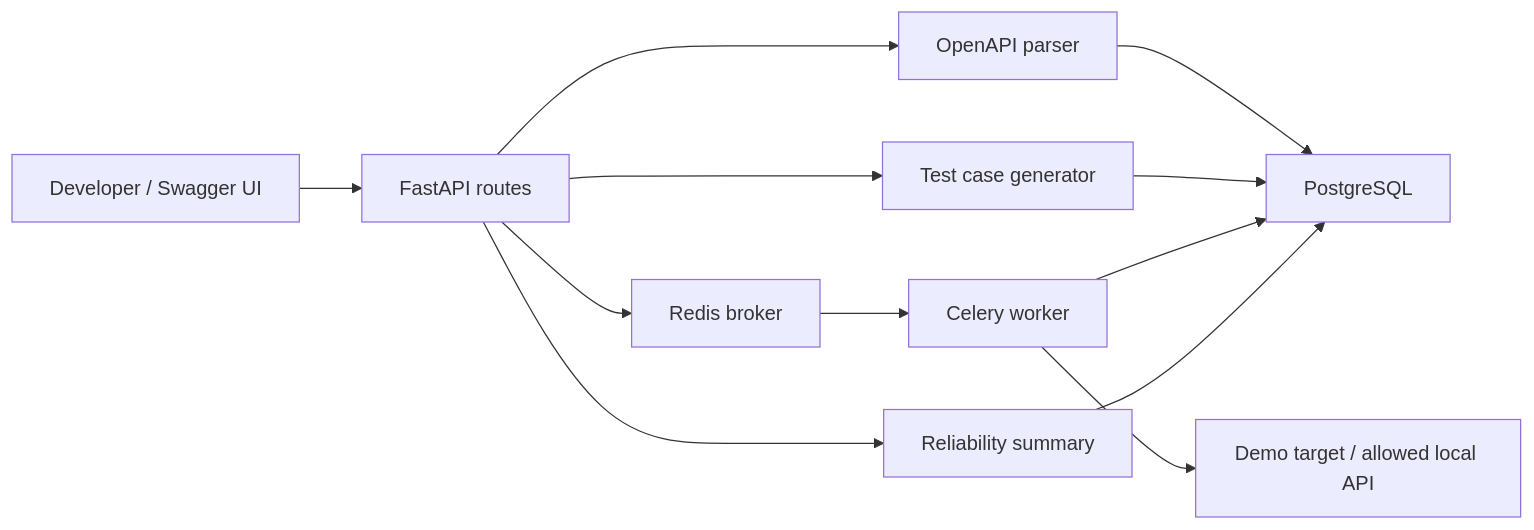
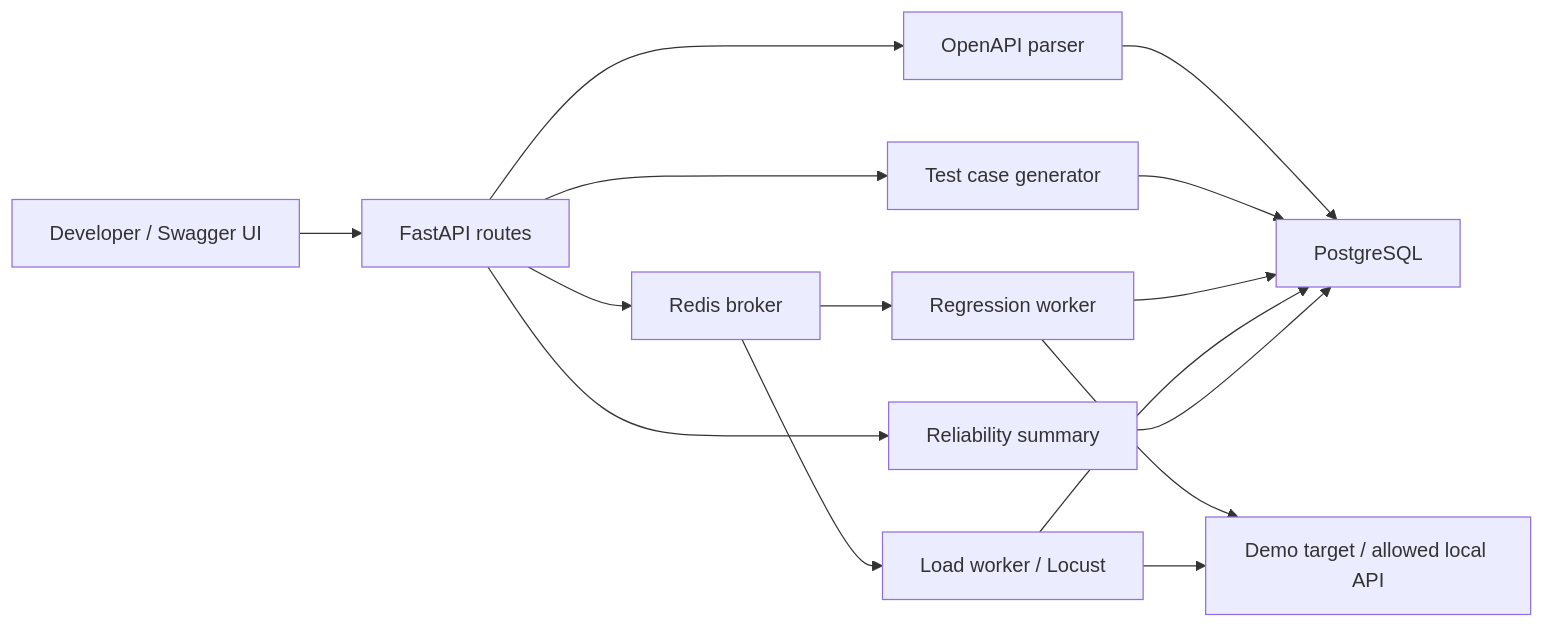
Before and after one commit to AdityaT360/specpulse: the first of 3 diagrams in ARCHITECTURE.md, drawn with Mermaid. The commit also changed other lines of this file and 16 other files, not shown here.

````diff
--- a/ARCHITECTURE.md
+++ b/ARCHITECTURE.md
@@ -9,14 +9,17 @@
 ```mermaid
 flowchart LR
     U["Developer / Swagger UI"] --> A["FastAPI routes"]
     A --> V["OpenAPI parser"]
     A --> G["Test case generator"]
     V --> P["PostgreSQL"]
     G --> P
     A --> R["Redis broker"]
-    R --> W["Celery worker"]
+    R --> W["Regression worker"]
+    R --> L["Load worker / Locust"]
     W --> P
     W --> D["Demo target / allowed local API"]
+    L --> D
+    L --> P
     A --> S["Reliability summary"]
     S --> P
 ```
````
